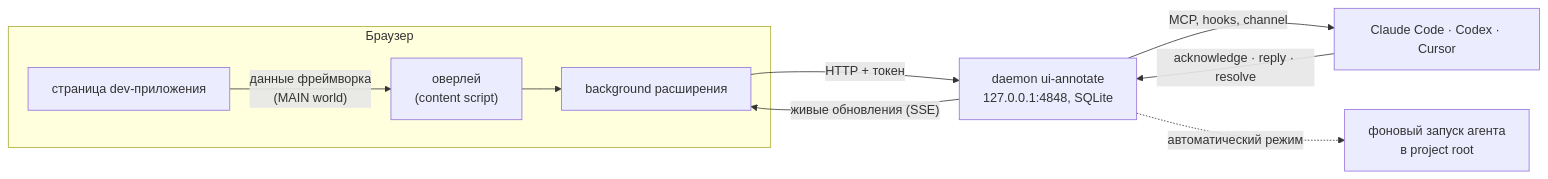
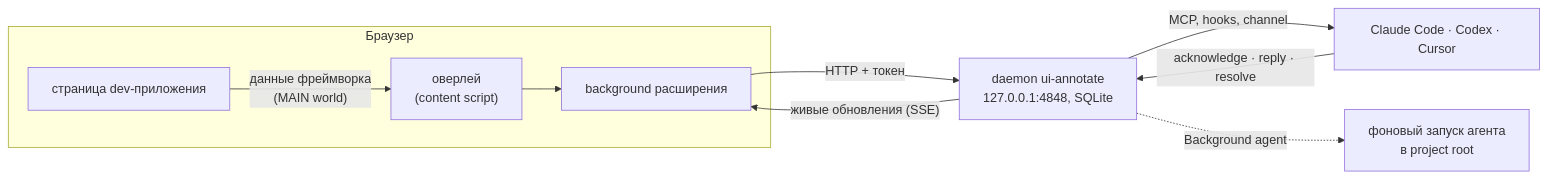
One commit to AnarchyGhost/ui-annotate changed the diagram in README.ru.md. Above: the diagram before and after it, drawn with Mermaid. The commit also changed other lines of this file and 35 other files, not shown here.

````diff
--- a/README.ru.md
+++ b/README.ru.md
@@ -38,12 +39,12 @@
 ```mermaid
 flowchart LR
   subgraph Браузер
     page["страница dev-приложения"] -- "данные фреймворка<br/>(MAIN world)" --> overlay["оверлей<br/>(content script)"]
     overlay --> bg["background расширения"]
   end
   bg -- "HTTP + токен" --> daemon["daemon ui-annotate<br/>127.0.0.1:4848, SQLite"]
   daemon -- "MCP, hooks, channel" --> agents["Claude Code · Codex · Cursor"]
-  daemon -. "автоматический режим" .-> runs["фоновый запуск агента<br/>в project root"]
+  daemon -. "Background agent" .-> runs["фоновый запуск агента<br/>в project root"]
   agents -- "acknowledge · reply · resolve" --> daemon
   daemon -- "живые обновления (SSE)" --> bg
 ```
````
